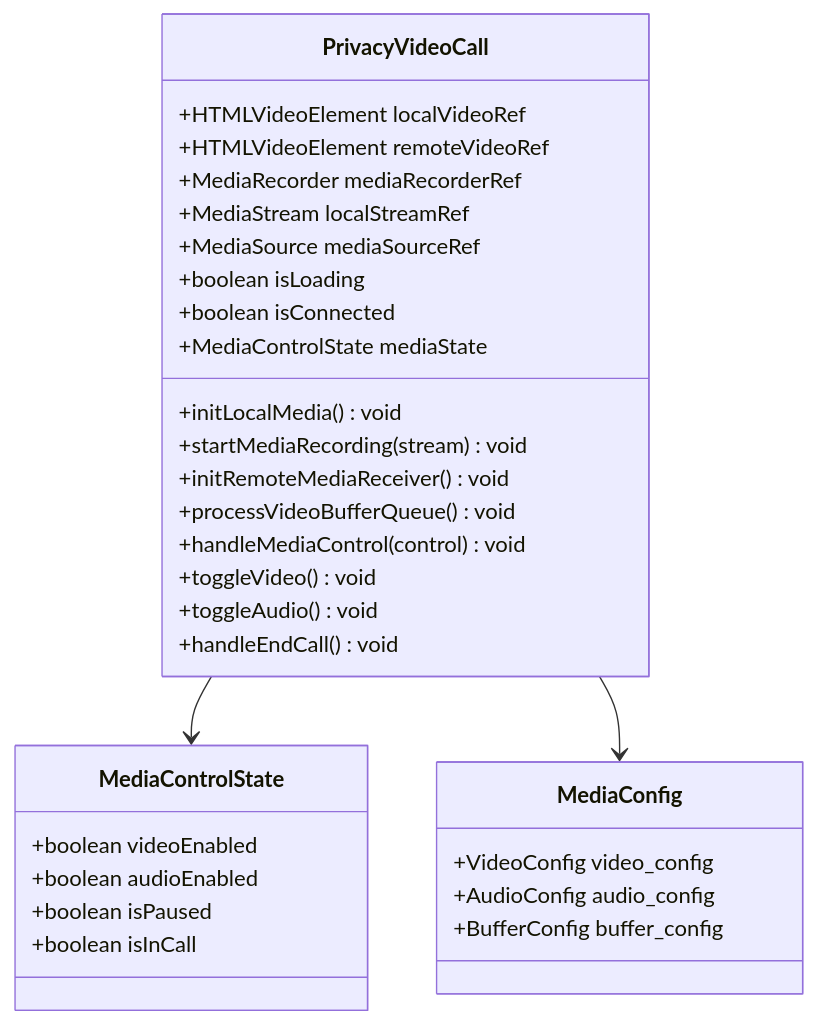
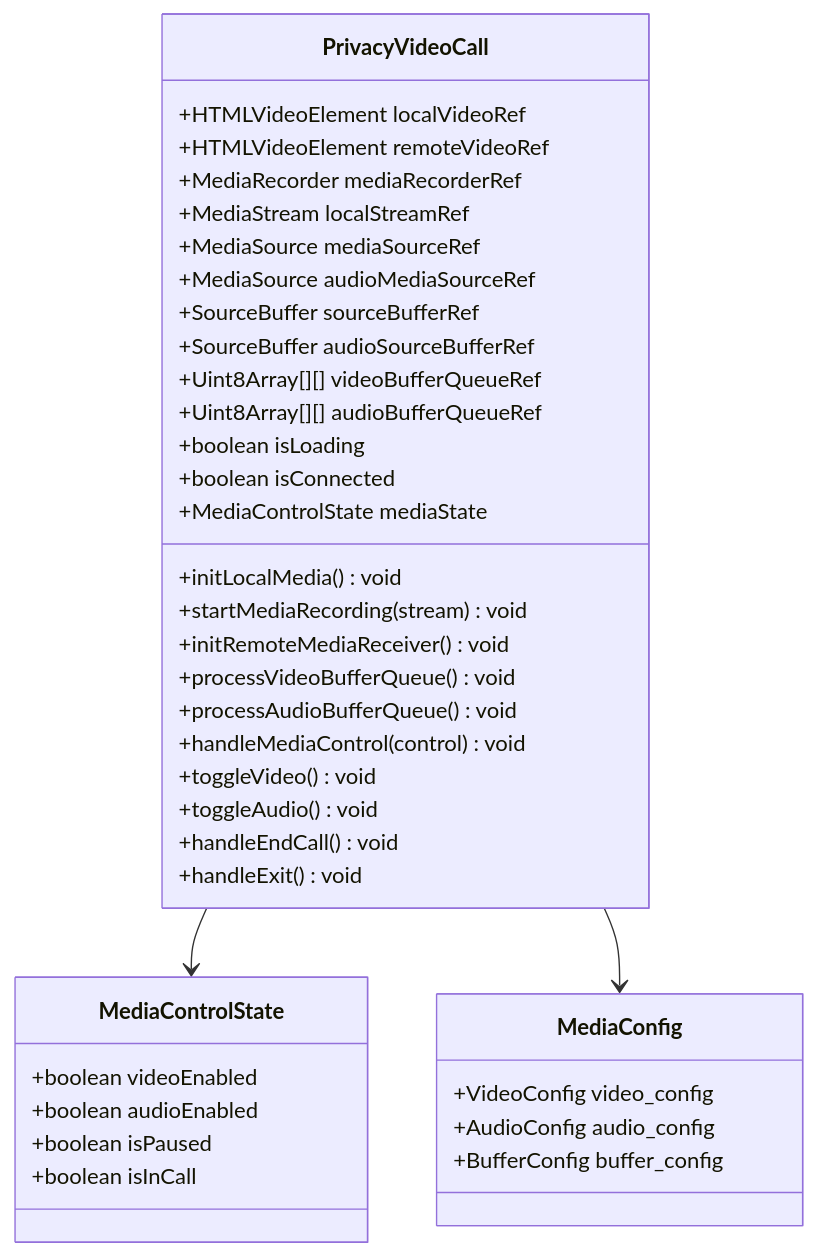
One commit to nicolastinger/only-talk-app changed the second of 16 diagrams in .qoder/repowiki/zh/content/Privacy Video Call.md. Above: the diagram before and after it, drawn with Mermaid. The commit also changed other lines of this file and 4 other files, not shown here.

````diff
--- a/.qoder/repowiki/zh/content/Privacy Video Call.md
+++ b/.qoder/repowiki/zh/content/Privacy Video Call.md
@@ -105,34 +115,41 @@
 ```mermaid
 classDiagram
 class PrivacyVideoCall {
 +HTMLVideoElement localVideoRef
 +HTMLVideoElement remoteVideoRef
 +MediaRecorder mediaRecorderRef
 +MediaStream localStreamRef
 +MediaSource mediaSourceRef
++MediaSource audioMediaSourceRef
++SourceBuffer sourceBufferRef
++SourceBuffer audioSourceBufferRef
++Uint8Array[][] videoBufferQueueRef
++Uint8Array[][] audioBufferQueueRef
 +boolean isLoading
 +boolean isConnected
 +MediaControlState mediaState
 +initLocalMedia() void
 +startMediaRecording(stream) void
 +initRemoteMediaReceiver() void
 +processVideoBufferQueue() void
++processAudioBufferQueue() void
 +handleMediaControl(control) void
 +toggleVideo() void
 +toggleAudio() void
 +handleEndCall() void
++handleExit() void
 }
 class MediaControlState {
 +boolean videoEnabled
 +boolean audioEnabled
 +boolean isPaused
 +boolean isInCall
 }
 class MediaConfig {
 +VideoConfig video_config
 +AudioConfig audio_config
 +BufferConfig buffer_config
 }
 PrivacyVideoCall --> MediaControlState
 PrivacyVideoCall --> MediaConfig
 ```
````
